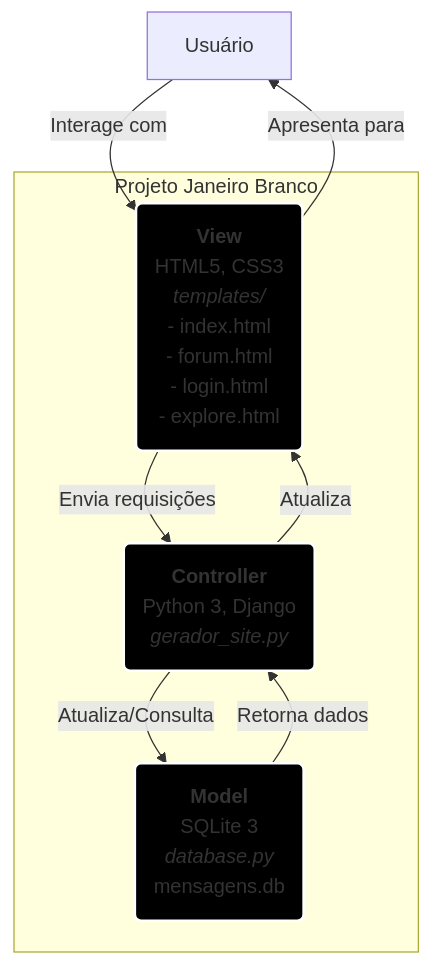
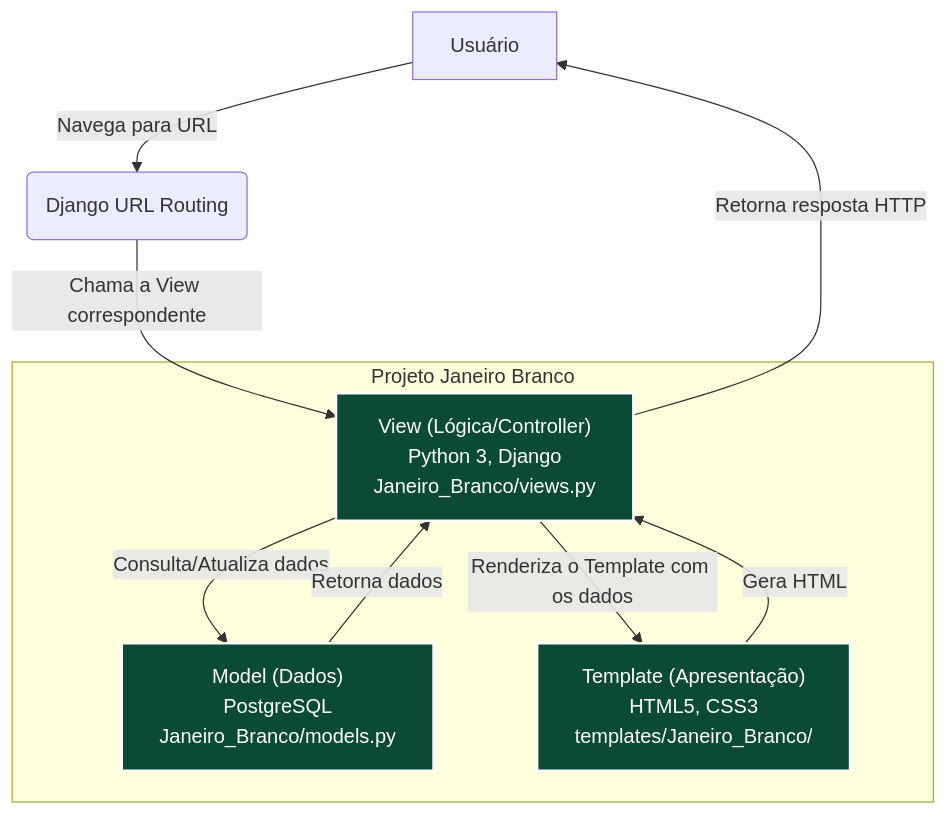
The diagram in README.md (Carina-Oliveira1/projeto-Janeiro-Branco), drawn with Mermaid before and after one commit.

````diff
--- a/README.md
+++ b/README.md
@@ -178,19 +178,20 @@
 ```mermaid
 graph TD
-    A[Usuário] -->|Interage com| B(View);
-    B -->|Envia requisições| C(Controller);
-    C -->|Atualiza/Consulta| D(Model);
+    A[Usuário] -->|Navega para URL| B(Django URL Routing);
+    B -->|Chama a View correspondente| C(View);
+    C -->|Consulta/Atualiza dados| D(Model);
     D -->|Retorna dados| C;
-    C -->|Atualiza| B;
-    B -->|Apresenta para| A;
+    C -->|Renderiza o Template com os dados| E(Template);
+    E -->|Gera HTML| C;
+    C -->|Retorna resposta HTTP| A;
 
     subgraph "Projeto Janeiro Branco"
-        B(<b>View</b><br>HTML5, CSS3<br><i>templates/</i><br>- index.html<br>- forum.html<br>- login.html<br>- explore.html);
-        C(<b>Controller</b><br>Python 3, Django<br><i>gerador_site.py</i>);
-        D(<b>Model</b><br>SQLite 3<br><i>database.py</i><br>mensagens.db);
+        E["Template (Apresentação)<br>HTML5, CSS3<br>templates/Janeiro_Branco/"];
+        C["View (Lógica/Controller)<br>Python 3, Django<br>Janeiro_Branco/views.py"];
+        D["Model (Dados)<br>PostgreSQL<br>Janeiro_Branco/models.py"];
     end
 
-    style B fill:#000000,stroke:#ffffff,stroke-width:2px
-    style C fill:#000000,stroke:#ffffff,stroke-width:2px
-    style D fill:#000000,stroke:#ffffff,stroke-width:2px
+    style E fill:#0C4B33,stroke:#ffffff,stroke-width:2px,color:#fff
+    style C fill:#0C4B33,stroke:#ffffff,stroke-width:2px,color:#fff
+    style D fill:#0C4B33,stroke:#ffffff,stroke-width:2px,color:#fff
 ```
````
